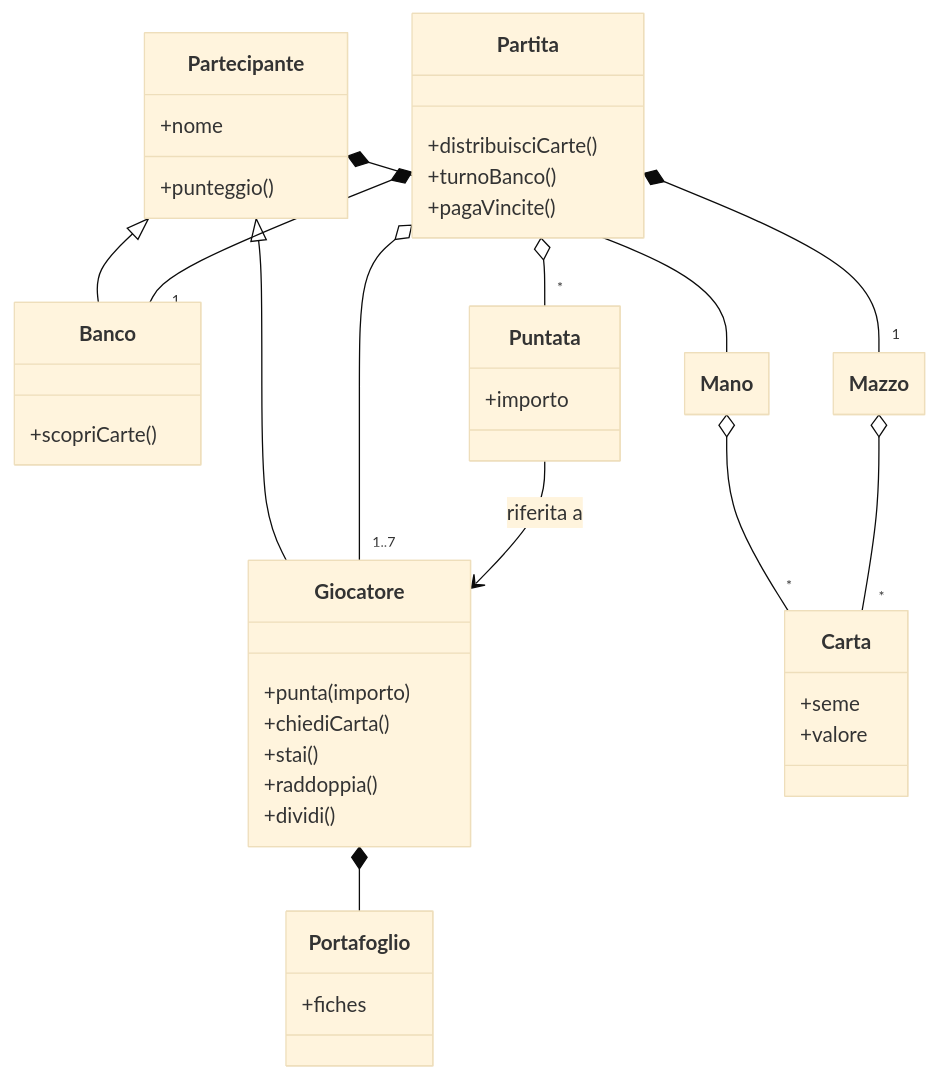
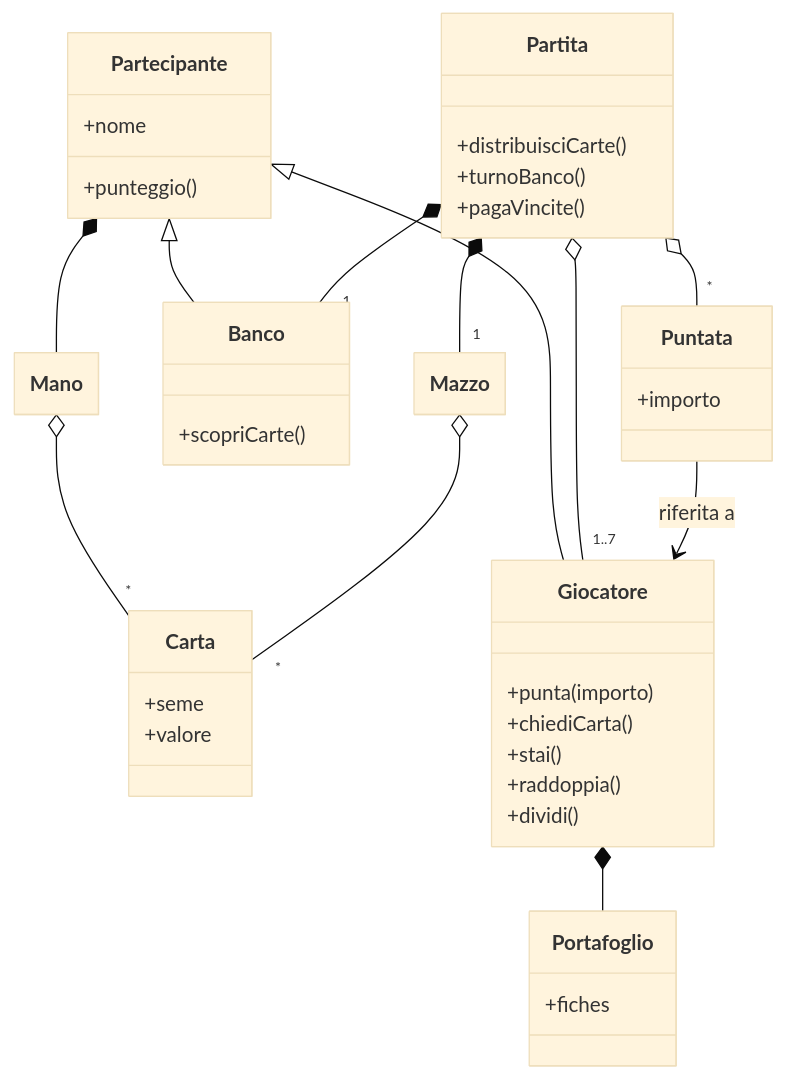
One commit to NicoForlivesi/PPS-26-scalajack changed the first of 2 diagrams in docs/report/requirement_specification.md. Above: the diagram before and after it, drawn with Mermaid (base theme).

Commit message:
Update requirement_specification.md with new chart

````diff
--- a/docs/report/requirement_specification.md
+++ b/docs/report/requirement_specification.md
@@ -71,50 +71,57 @@
 ```mermaid
 ---
 config:
   class:
     hideEmptyMembersBox: true
 ---
 classDiagram
     class Partita {
         +distribuisciCarte()
         +turnoBanco()
         +pagaVincite()
     }
+    
     class Partecipante {
         +nome
         +punteggio()
     }
+    class Mano
+    class Carta {
+        +seme
+        +valore
+    }
+    
     class Giocatore {
         +punta(importo)
         +chiediCarta()
         +stai()
         +raddoppia()
         +dividi()
     }
     class Banco {
         +scopriCarte()
     }
-    class Mano
+    
     class Mazzo
-    class Carta {
-        +seme
-        +valore
-    }
     class Puntata {
         +importo
     }
     class Portafoglio {
         +fiches
     }
+
+    %% Relazioni dirette del Partecipante e della Mano
+    Partecipante *-- Mano
+    Mano o-- "*" Carta
     Partecipante <|-- Giocatore
     Partecipante <|-- Banco
+
+    %% Altre relazioni del dominio
     Partita o-- "1..7" Giocatore
     Partita *-- "1" Banco
     Partita *-- "1" Mazzo
     Partita o-- "*" Puntata
     Giocatore *-- Portafoglio
-    Partecipante *-- Mano
-    Mano o-- "*" Carta
     Mazzo o-- "*" Carta
     Puntata --> Giocatore : riferita a
 ```
````
